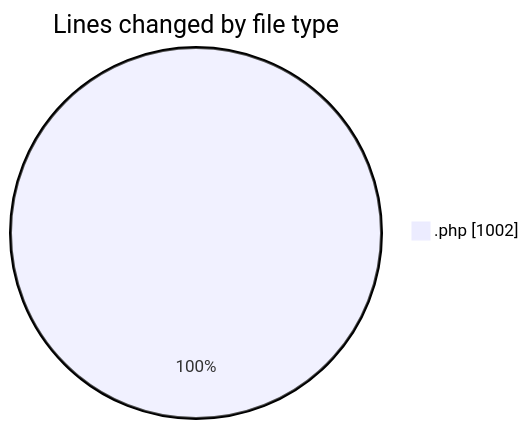
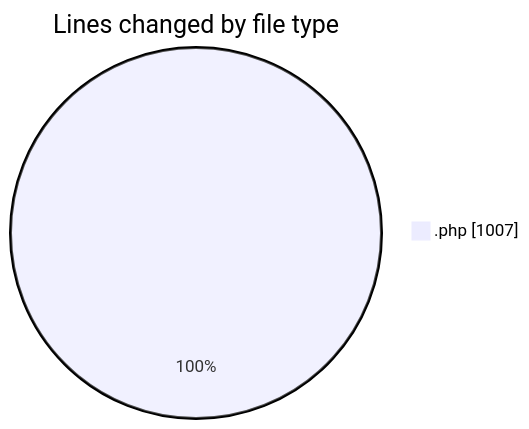
One commit to LanceThiago/code-tracking changed the first of 2 diagrams in 2025-01-14/oficina/README.md. Above: the diagram before and after it, drawn with Mermaid. The commit also changed other lines of this file and 1 other file, not shown here.

````diff
--- a/2025-01-14/oficina/README.md
+++ b/2025-01-14/oficina/README.md
@@ -23,5 +23,5 @@
 ```mermaid
 pie showData
 title Lines changed by file type
-".php" : 1002
+".php" : 1007
 ```
````
